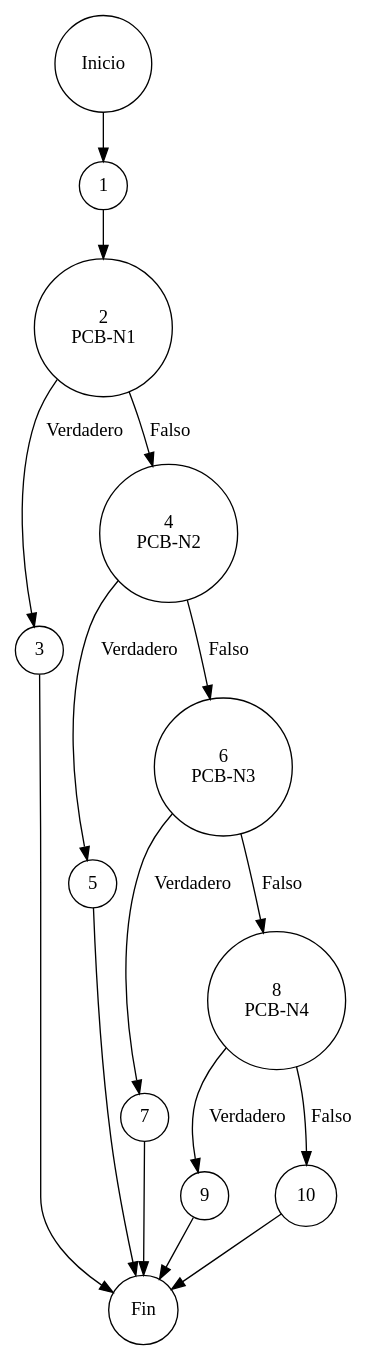
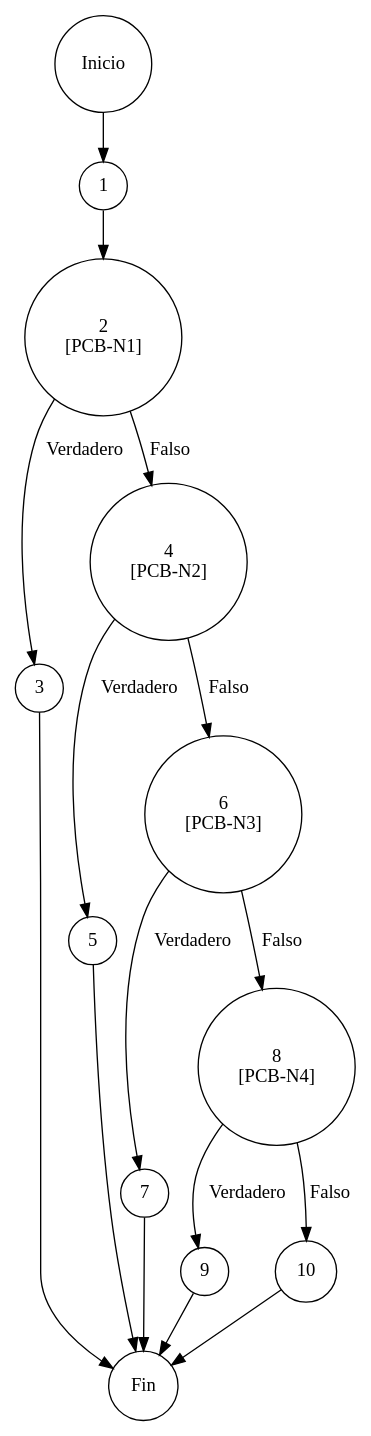
The diagram in pcb_analisis/PCB-011_Reporte.md (gitGabrielCruz/ERP_WALOOK_PCB), drawn with PlantUML before and after one commit. The commit also changed other lines of this file and 20 other files, not shown here.

````diff
--- a/pcb_analisis/PCB-011_Reporte.md
+++ b/pcb_analisis/PCB-011_Reporte.md
@@ -122,46 +82,40 @@
 ```plantuml
 @startuml
 digraph CFG_PCB011 {
 
 rankdir=TB
 node [shape=circle]
 
 I [label="Inicio"]
-
 N1 [label="1"]
-N2 [label="2\nPCB-N1"]
+N2 [label="2\n[PCB-N1]"]
 N3 [label="3"]
-N4 [label="4\nPCB-N2"]
+N4 [label="4\n[PCB-N2]"]
 N5 [label="5"]
-N6 [label="6\nPCB-N3"]
+N6 [label="6\n[PCB-N3]"]
 N7 [label="7"]
-N8 [label="8\nPCB-N4"]
+N8 [label="8\n[PCB-N4]"]
 N9 [label="9"]
 N10 [label="10"]
-
 F [label="Fin"]
 
 I -> N1
 N1 -> N2
-
 N2 -> N3 [label="Verdadero"]
 N2 -> N4 [label="Falso"]
-
 N4 -> N5 [label="Verdadero"]
 N4 -> N6 [label="Falso"]
-
 N6 -> N7 [label="Verdadero"]
 N6 -> N8 [label="Falso"]
-
 N8 -> N9 [label="Verdadero"]
 N8 -> N10 [label="Falso"]
 
 N3 -> F
 N5 -> F
 N7 -> F
 N9 -> F
 N10 -> F
 
 }
 @enduml
 ```
````
